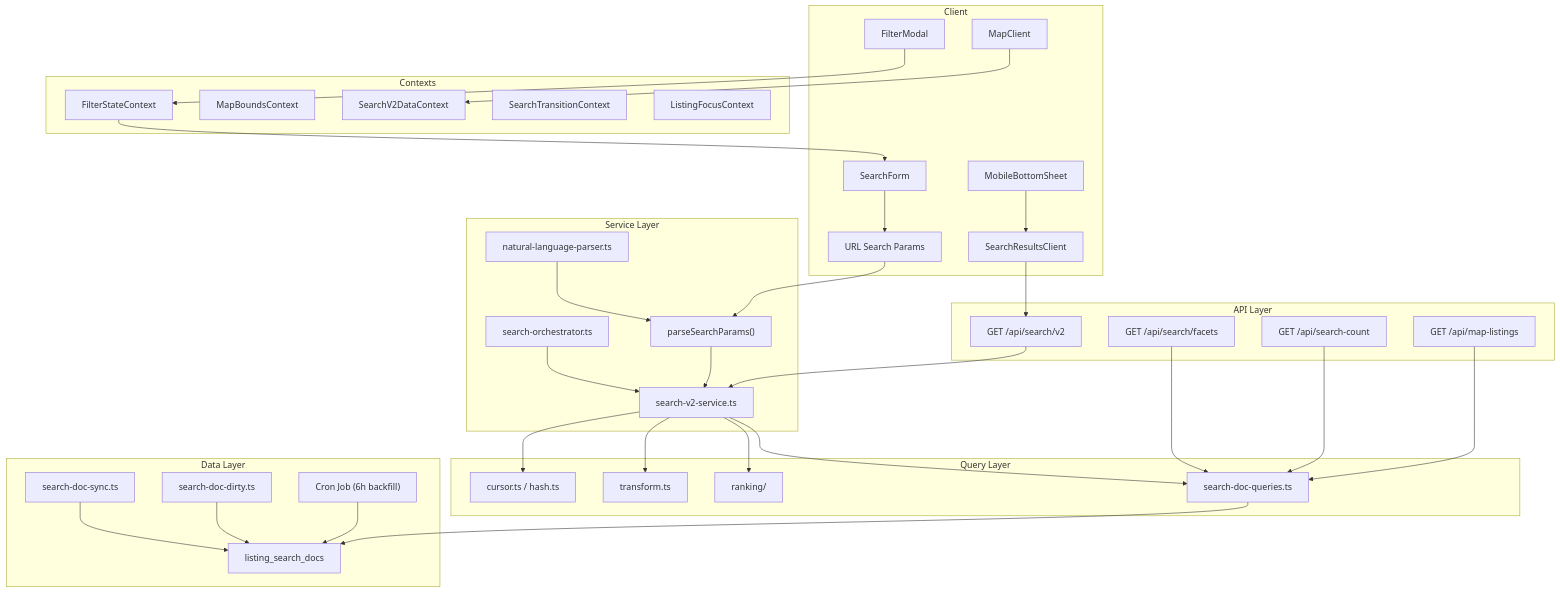
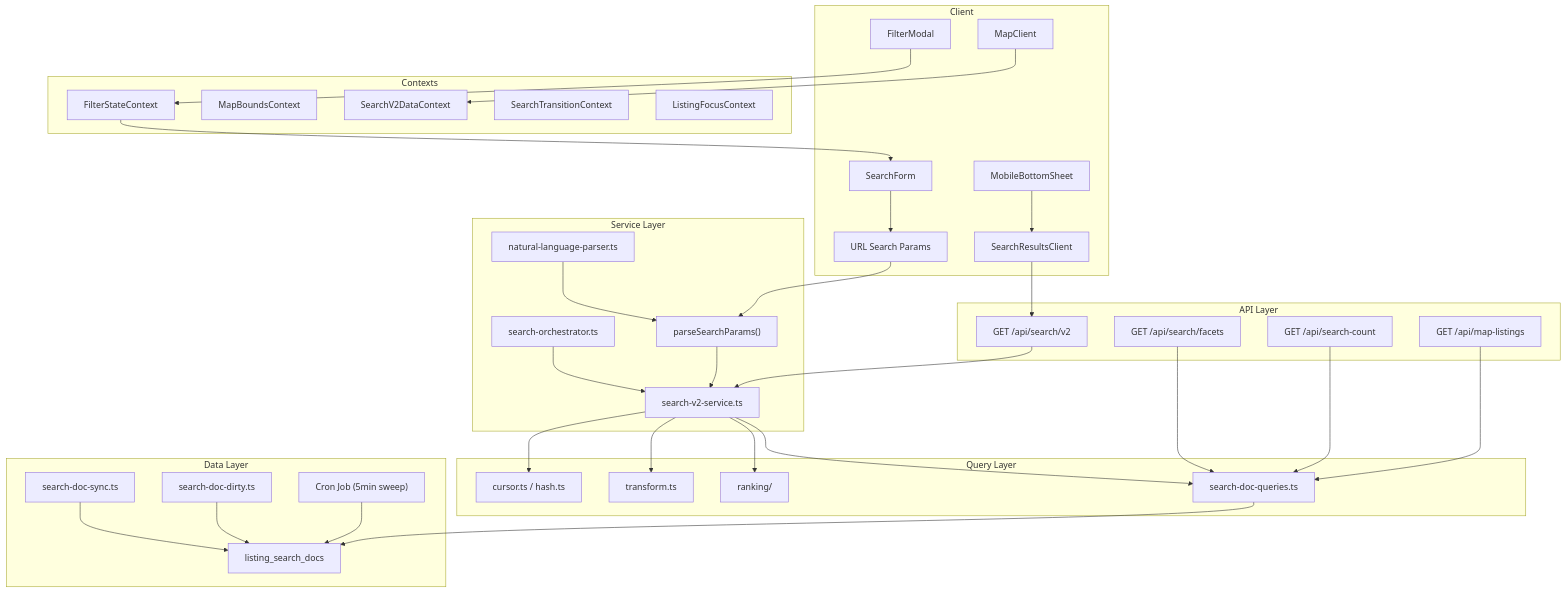
The diagram in docs/SEARCH_SYSTEM.md (Suryateja-byte/Roomshare), drawn with Mermaid before and after one commit. The commit also changed other lines of this file and 10 other files, not shown here.

````diff
--- a/docs/SEARCH_SYSTEM.md
+++ b/docs/SEARCH_SYSTEM.md
@@ -29,68 +29,68 @@
 ```mermaid
 graph TB
     subgraph Client
         URL["URL Search Params"]
         SF["SearchForm"]
         FM["FilterModal"]
         SRC["SearchResultsClient"]
         MAP["MapClient"]
         MBS["MobileBottomSheet"]
     end
 
     subgraph Contexts
         FSC["FilterStateContext"]
         MBC["MapBoundsContext"]
         SV2["SearchV2DataContext"]
         STC["SearchTransitionContext"]
         LFC["ListingFocusContext"]
     end
 
     subgraph "API Layer"
         V2["GET /api/search/v2"]
         FAC["GET /api/search/facets"]
         CNT["GET /api/search-count"]
         MLP["GET /api/map-listings"]
     end
 
     subgraph "Service Layer"
         SV2S["search-v2-service.ts"]
         ORCH["search-orchestrator.ts"]
         PSP["parseSearchParams()"]
         NLP["natural-language-parser.ts"]
     end
 
     subgraph "Query Layer"
         SDQ["search-doc-queries.ts"]
         RANK["ranking/"]
         XFORM["transform.ts"]
         CUR["cursor.ts / hash.ts"]
     end
 
     subgraph "Data Layer"
         LSD["listing_search_docs"]
         SYNC["search-doc-sync.ts"]
         DIRTY["search-doc-dirty.ts"]
-        CRON["Cron Job (6h backfill)"]
+        CRON["Cron Job (5min sweep)"]
     end
 
     URL --> PSP --> SV2S
     SF --> URL
     FM --> FSC --> SF
     V2 --> SV2S
     FAC --> SDQ
     CNT --> SDQ
     MLP --> SDQ
     SV2S --> SDQ
     SV2S --> RANK
     SV2S --> XFORM
     SV2S --> CUR
     SDQ --> LSD
     ORCH --> SV2S
     SRC --> V2
     MAP --> SV2
     MBS --> SRC
     SYNC --> LSD
     DIRTY --> LSD
     CRON --> LSD
     NLP --> PSP
 ```
````
